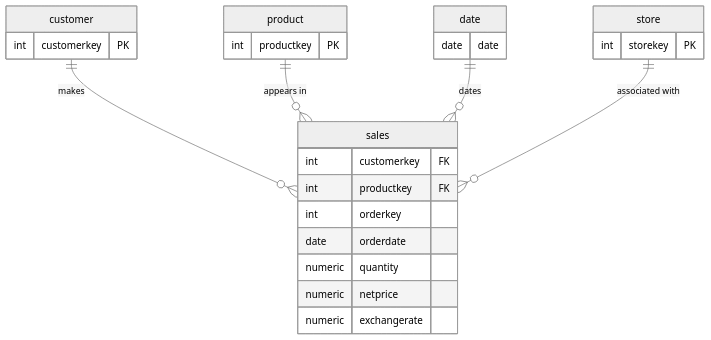
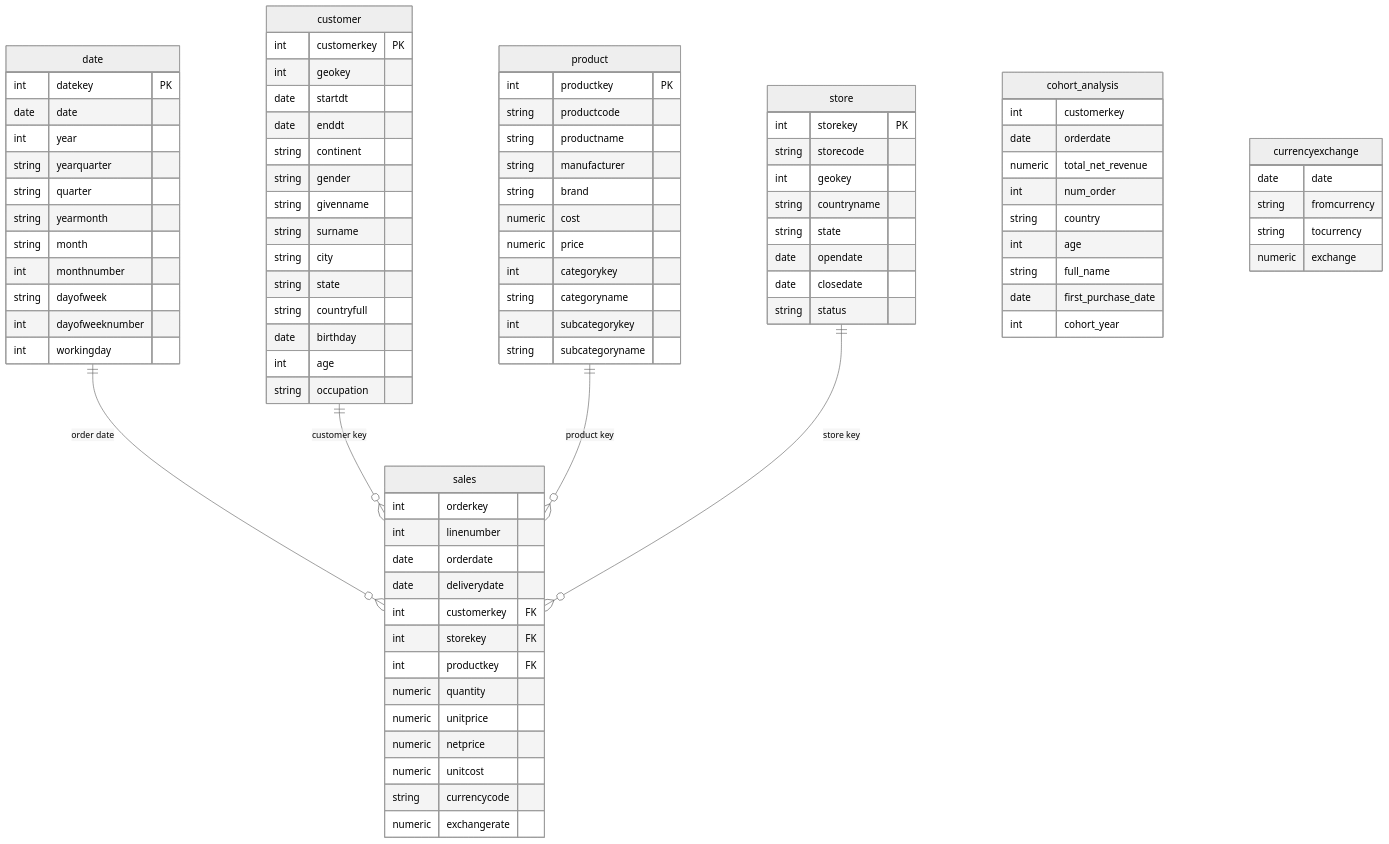
One commit to utkarsh-naik10/SQL_PROJECTS changed the diagram in 5.Contoso Sales Analysis/README.md. Above: the diagram before and after it, drawn with Mermaid (neutral theme).

Commit message:
updated ERD diag

````diff
--- a/5.Contoso Sales Analysis/README.md
+++ b/5.Contoso Sales Analysis/README.md
@@ -111,29 +111,98 @@
 ```mermaid
 erDiagram
-    customer ||--o{ sales : "makes"
-    product ||--o{ sales : "appears in"
-    date ||--o{ sales : "dates"
-    store ||--o{ sales : "associated with"
+    date ||--o{ sales : "order date"
+    customer ||--o{ sales : "customer key"
+    product ||--o{ sales : "product key"
+    store ||--o{ sales : "store key"
 
     customer {
         int customerkey PK
+        int geokey
+        date startdt
+        date enddt
+        string continent
+        string gender
+        string givenname
+        string surname
+        string city
+        string state
+        string countryfull
+        date birthday
+        int age
+        string occupation
     }
+
     product {
         int productkey PK
+        string productcode
+        string productname
+        string manufacturer
+        string brand
+        numeric cost
+        numeric price
+        int categorykey
+        string categoryname
+        int subcategorykey
+        string subcategoryname
     }
-    date {
-        date date
-    }
+
     store {
         int storekey PK
+        string storecode
+        int geokey
+        string countryname
+        string state
+        date opendate
+        date closedate
+        string status
     }
+
+    date {
+        int datekey PK
+        date date
+        int year
+        string yearquarter
+        string quarter
+        string yearmonth
+        string month
+        int monthnumber
+        string dayofweek
+        int dayofweeknumber
+        int workingday
+    }
+
     sales {
+        int orderkey
+        int linenumber
+        date orderdate
+        date deliverydate
         int customerkey FK
+        int storekey FK
         int productkey FK
-        int orderkey
-        date orderdate
         numeric quantity
+        numeric unitprice
         numeric netprice
+        numeric unitcost
+        string currencycode
         numeric exchangerate
     }
+
+    cohort_analysis {
+        int customerkey
+        date orderdate
+        numeric total_net_revenue
+        int num_order
+        string country
+        int age
+        string full_name
+        date first_purchase_date
+        int cohort_year
+    }
+
+    currencyexchange {
+        date date
+        string fromcurrency
+        string tocurrency
+        numeric exchange
+    }
 ```
````
